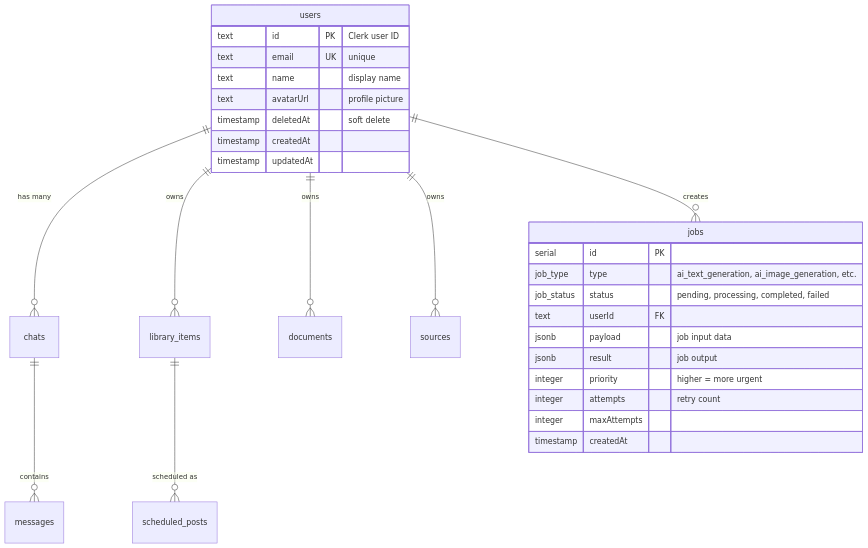
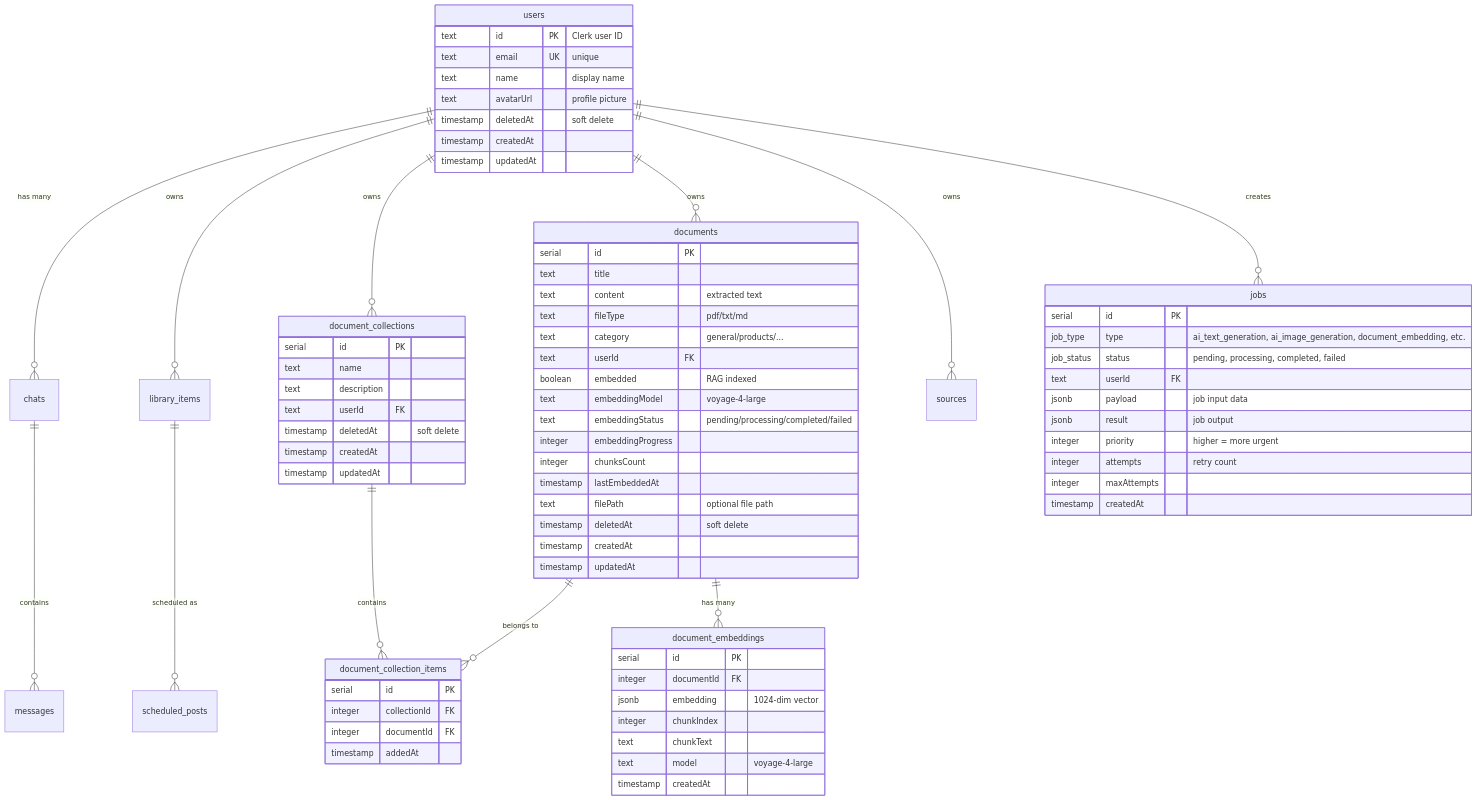
The second of 4 diagrams in .context/docs/architecture.md (zoryon-dev/maquina-de-conteudo), drawn with Mermaid before and after one commit. The commit also changed other lines of this file and 51 other files, not shown here.

```diff
--- a/.context/docs/architecture.md
+++ b/.context/docs/architecture.md
@@ -95,11 +97,15 @@
     users ||--o{ chats : "has many"
     users ||--o{ library_items : "owns"
     users ||--o{ documents : "owns"
+    users ||--o{ document_collections : "owns"
     users ||--o{ sources : "owns"
     users ||--o{ jobs : "creates"
 
     chats ||--o{ messages : "contains"
     library_items ||--o{ scheduled_posts : "scheduled as"
+    document_collections ||--o{ document_collection_items : "contains"
+    documents ||--o{ document_collection_items : "belongs to"
+    documents ||--o{ document_embeddings : "has many"
 
     users {
         text id PK "Clerk user ID"
@@ -111,9 +117,55 @@
         timestamp updatedAt
     }
 
+    document_collections {
+        serial id PK
+        text name
+        text description
+        text userId FK
+        timestamp deletedAt "soft delete"
+        timestamp createdAt
+        timestamp updatedAt
+    }
+
+    document_collection_items {
+        serial id PK
+        integer collectionId FK
+        integer documentId FK
+        timestamp addedAt
+    }
+
+    documents {
+        serial id PK
+        text title
+        text content "extracted text"
+        text fileType "pdf/txt/md"
+        text category "general/products/..."
+        text userId FK
+        boolean embedded "RAG indexed"
+        text embeddingModel "voyage-4-large"
+        text embeddingStatus "pending/processing/completed/failed"
+        integer embeddingProgress
+        integer chunksCount
+        timestamp lastEmbeddedAt
+        text filePath "optional file path"
+        timestamp deletedAt "soft delete"
+        timestamp createdAt
+        timestamp updatedAt
+    }
+
+    document_embeddings {
+        serial id PK
+        integer documentId FK
+        jsonb embedding "1024-dim vector"
+        integer chunkIndex
+        text chunkText
+        text model "voyage-4-large"
+        timestamp createdAt
+    }
+
     jobs {
         serial id PK
-        job_type type "ai_text_generation, ai_image_generation, etc."
+        job_type type "ai_text_generation, ai_image_generation, document_embedding, etc."
         job_status status "pending, processing, completed, failed"
         text userId FK
         jsonb payload "job input data"
```
